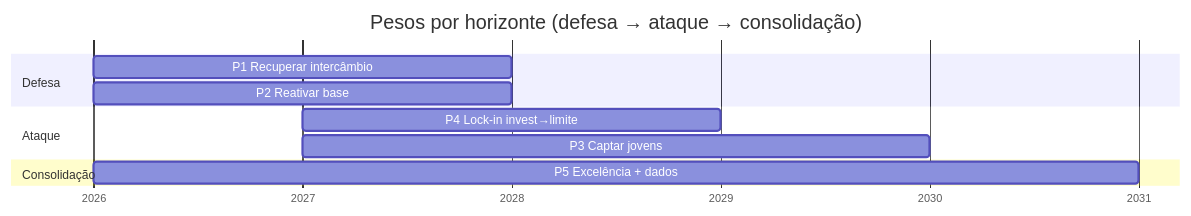
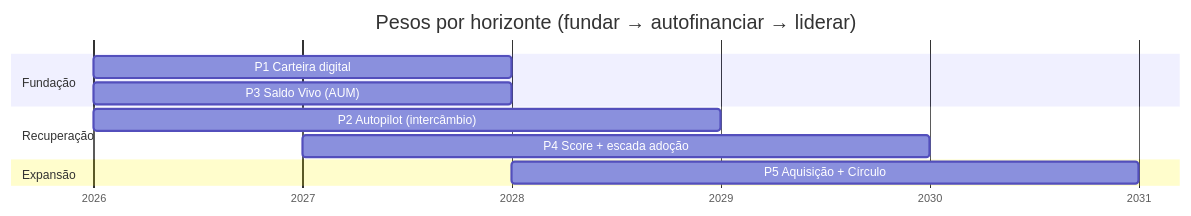
Before and after one commit to guihassen/Mastercaras: the third of 4 diagrams in docs/plano-de-acao-5-anos.md, drawn with Mermaid. The commit also changed other lines of this file, not shown here.

````diff
--- a/docs/plano-de-acao-5-anos.md
+++ b/docs/plano-de-acao-5-anos.md
@@ -105,14 +108,14 @@
 ```mermaid
 gantt
-    title Pesos por horizonte (defesa → ataque → consolidação)
+    title Pesos por horizonte (fundar → autofinanciar → liderar)
     dateFormat YYYY
     axisFormat %Y
-    section Defesa
-    P1 Recuperar intercâmbio      :2026, 2y
-    P2 Reativar base              :2026, 2y
-    section Ataque
-    P4 Lock-in invest→limite      :2027, 2y
-    P3 Captar jovens              :2027, 3y
-    section Consolidação
-    P5 Excelência + dados         :2026, 5y
+    section Fundação
+    P1 Carteira digital        :2026, 2y
+    P3 Saldo Vivo (AUM)        :2026, 2y
+    section Recuperação
+    P2 Autopilot (intercâmbio) :2026, 3y
+    P4 Score + escada adoção   :2027, 3y
+    section Expansão
+    P5 Aquisição + Círculo     :2028, 3y
 ```
````
